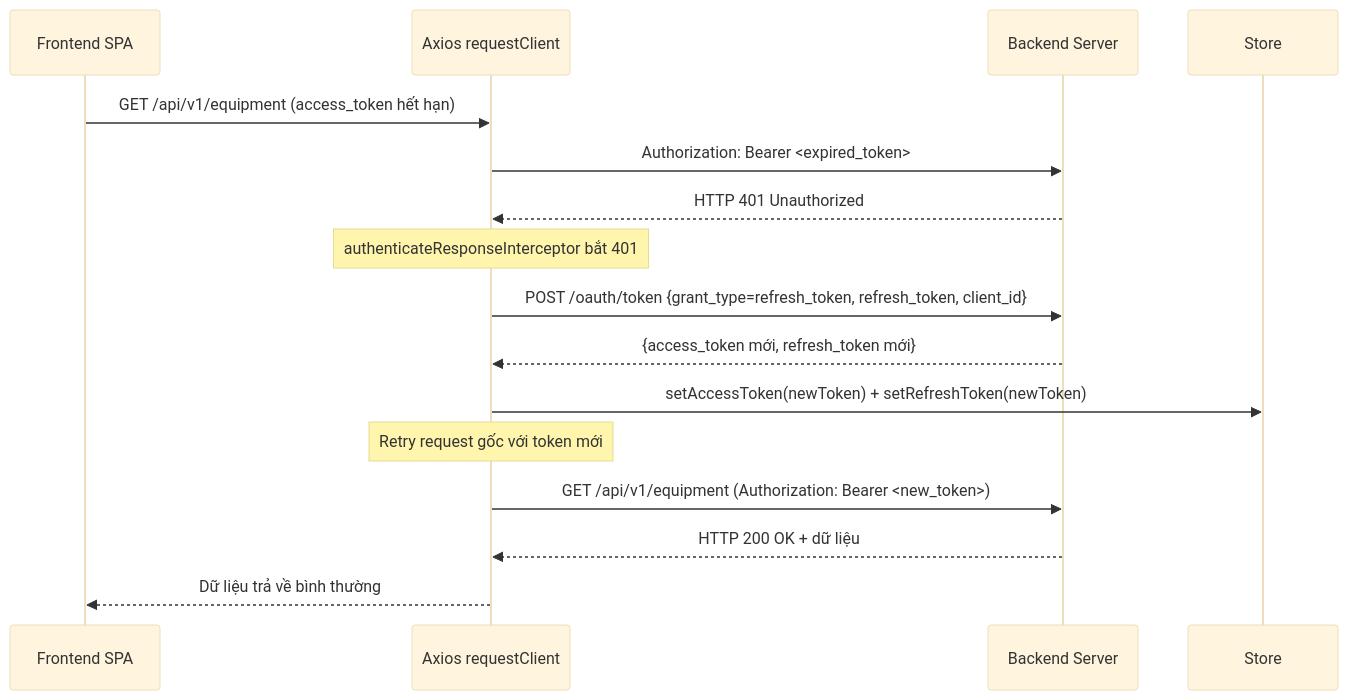
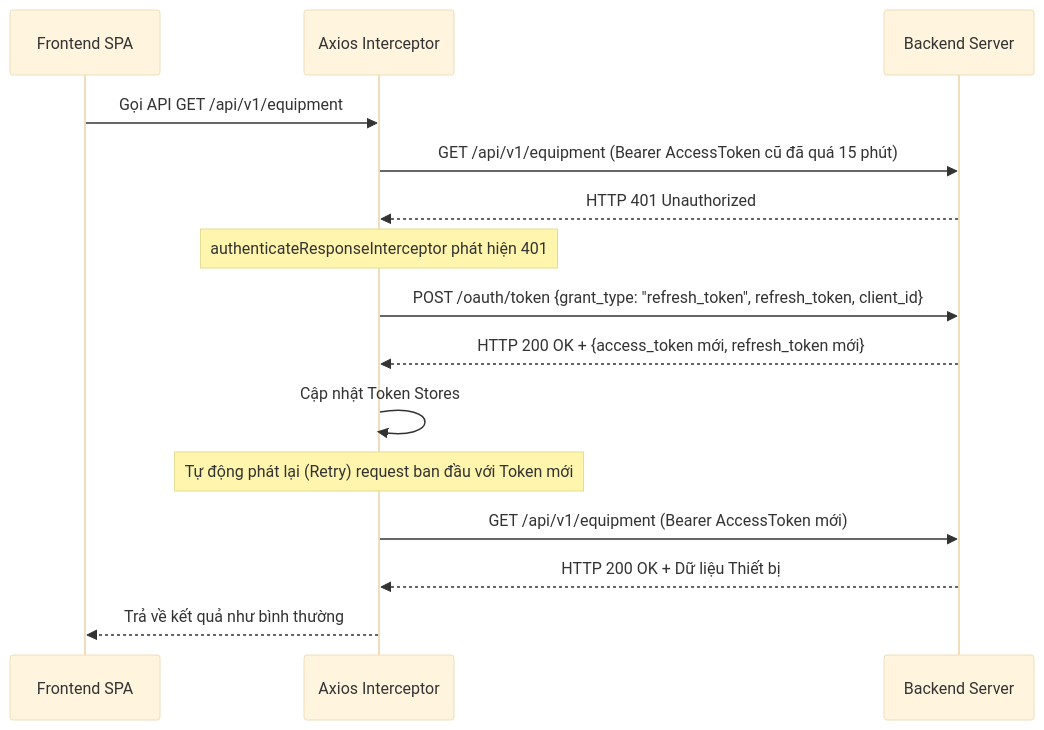
The third of 3 diagrams in docs/auth.md (eamo-cmms/eamo-backend), drawn with Mermaid (base theme) before and after one commit. The commit also changed other lines of this file and 9 other files, not shown here.

Commit message:
docs: restructure and update backend flow documentation

````diff
--- a/docs/auth.md
+++ b/docs/auth.md
@@ -74,18 +75,18 @@
 ```mermaid
 sequenceDiagram
     participant SPA as Frontend SPA
-    participant Axios as Axios requestClient
+    participant Axios as Axios Interceptor
     participant BE as Backend Server
 
-    SPA->>Axios: GET /api/v1/equipment (access_token hết hạn)
-    Axios->>BE: Authorization: Bearer <expired_token>
+    SPA->>Axios: Gọi API GET /api/v1/equipment
+    Axios->>BE: GET /api/v1/equipment (Bearer AccessToken cũ đã quá 15 phút)
     BE-->>Axios: HTTP 401 Unauthorized
-    Note over Axios: authenticateResponseInterceptor bắt 401
-    Axios->>BE: POST /oauth/token {grant_type=refresh_token, refresh_token, client_id}
-    BE-->>Axios: {access_token mới, refresh_token mới}
-    Axios->>Store: setAccessToken(newToken) + setRefreshToken(newToken)
-    Note over Axios: Retry request gốc với token mới
-    Axios->>BE: GET /api/v1/equipment (Authorization: Bearer <new_token>)
-    BE-->>Axios: HTTP 200 OK + dữ liệu
-    Axios-->>SPA: Dữ liệu trả về bình thường
+    Note over Axios: authenticateResponseInterceptor phát hiện 401
+    Axios->>BE: POST /oauth/token {grant_type: "refresh_token", refresh_token, client_id}
+    BE-->>Axios: HTTP 200 OK + {access_token mới, refresh_token mới}
+    Axios->>Axios: Cập nhật Token Stores
+    Note over Axios: Tự động phát lại (Retry) request ban đầu với Token mới
+    Axios->>BE: GET /api/v1/equipment (Bearer AccessToken mới)
+    BE-->>Axios: HTTP 200 OK + Dữ liệu Thiết bị
+    Axios-->>SPA: Trả về kết quả như bình thường
 ```
````
